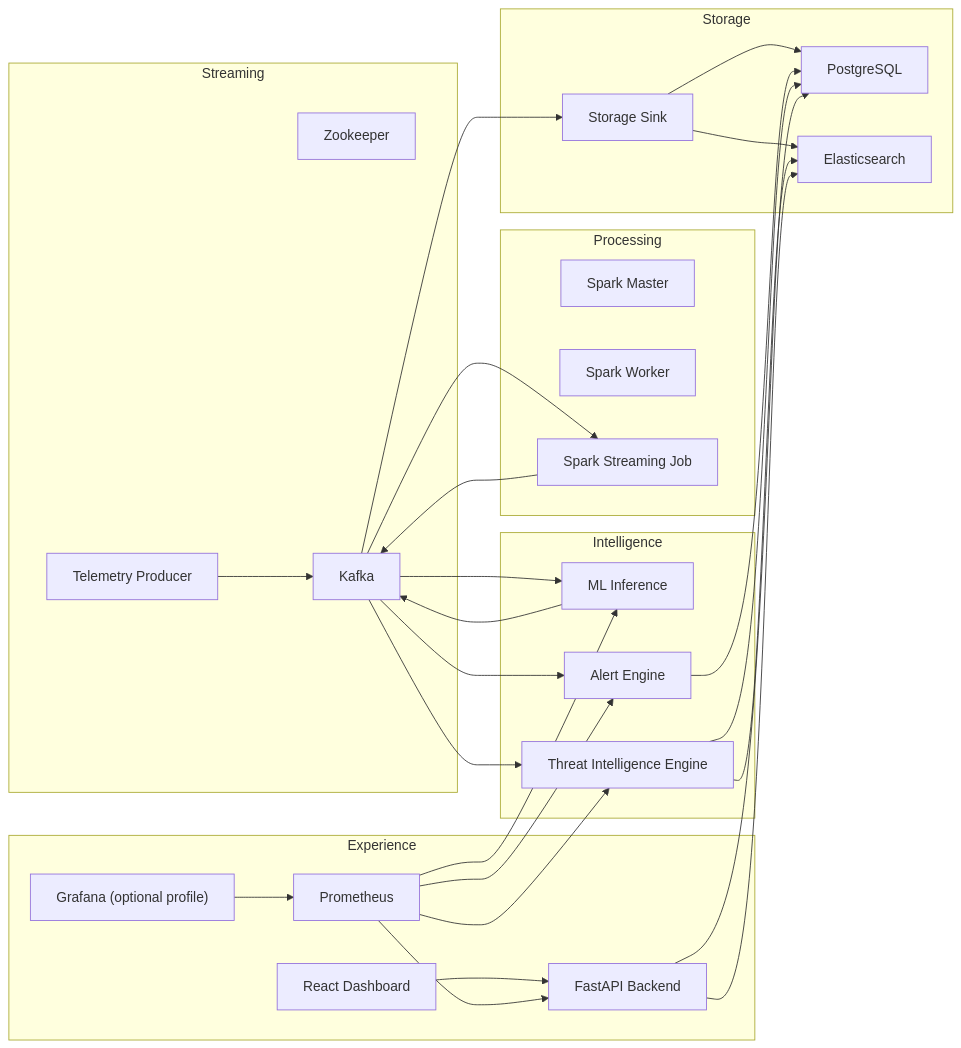
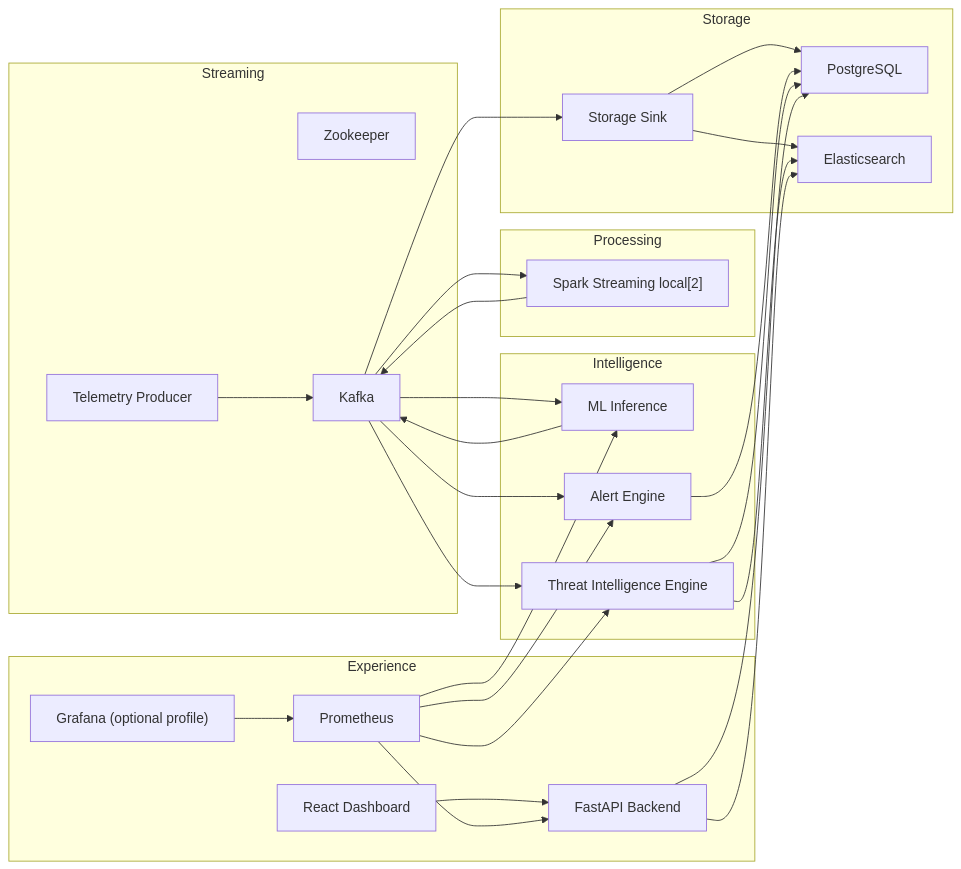
One commit to Jay-2522/Real-Time-Threat-Detection-and-Analytics changed the second of 7 diagrams in docs/architecture.md. Above: the diagram before and after it, drawn with Mermaid. The commit also changed 8 other files, not shown here.

````diff
--- a/docs/architecture.md
+++ b/docs/architecture.md
@@ -26,50 +26,48 @@
 ```mermaid
 flowchart LR
     subgraph Streaming
         Z["Zookeeper"]
         K["Kafka"]
         P["Telemetry Producer"]
     end
     subgraph Processing
-        SM["Spark Master"]
-        SW["Spark Worker"]
-        SJ["Spark Streaming Job"]
+        SJ["Spark Streaming local[2]"]
     end
     subgraph Intelligence
         ML["ML Inference"]
         AE["Alert Engine"]
         TI["Threat Intelligence Engine"]
     end
     subgraph Storage
         PG["PostgreSQL"]
         ES["Elasticsearch"]
         SS["Storage Sink"]
     end
     subgraph Experience
         API["FastAPI Backend"]
         UI["React Dashboard"]
         PR["Prometheus"]
         GF["Grafana (optional profile)"]
     end
     P --> K
     K --> SJ
     SJ --> K
     K --> ML
     ML --> K
     K --> AE
     K --> TI
     K --> SS
     SS --> PG
     SS --> ES
     AE --> PG
     TI --> PG
     TI --> ES
     API --> PG
     API --> ES
     UI --> API
     PR --> API
     PR --> ML
     PR --> AE
     PR --> TI
     GF --> PR
 ```
````
